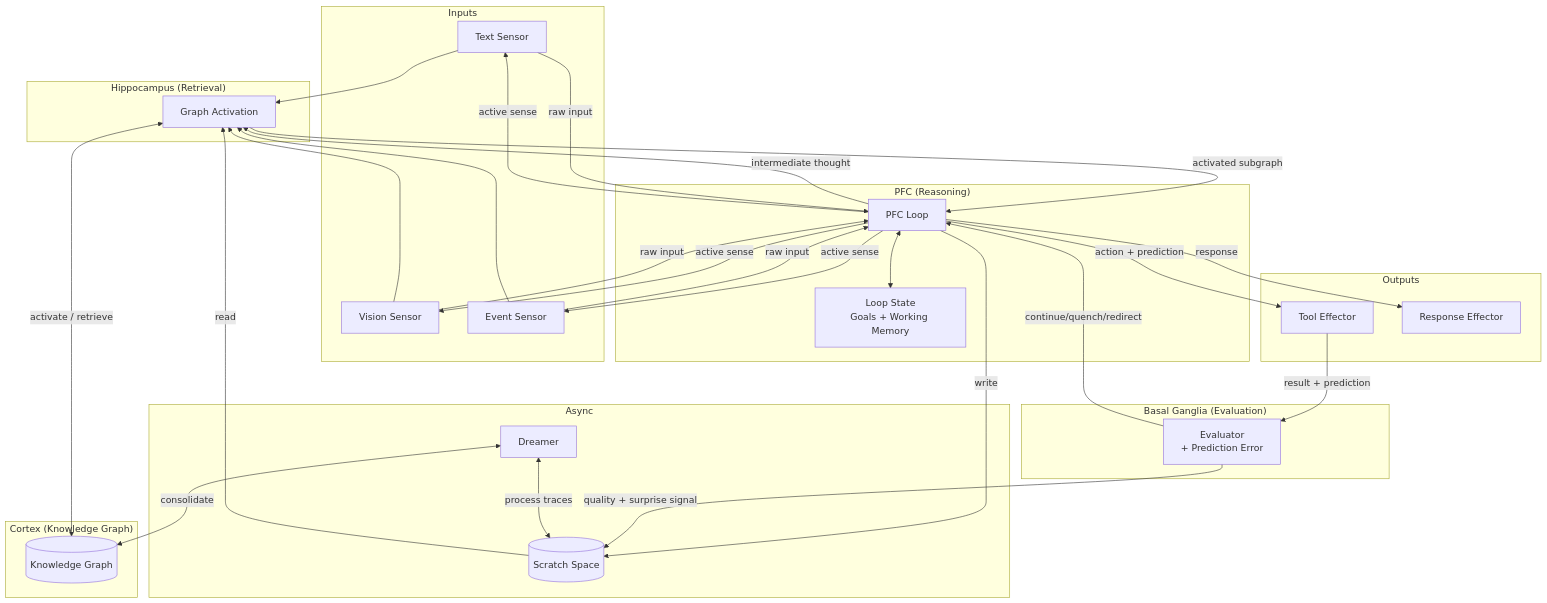
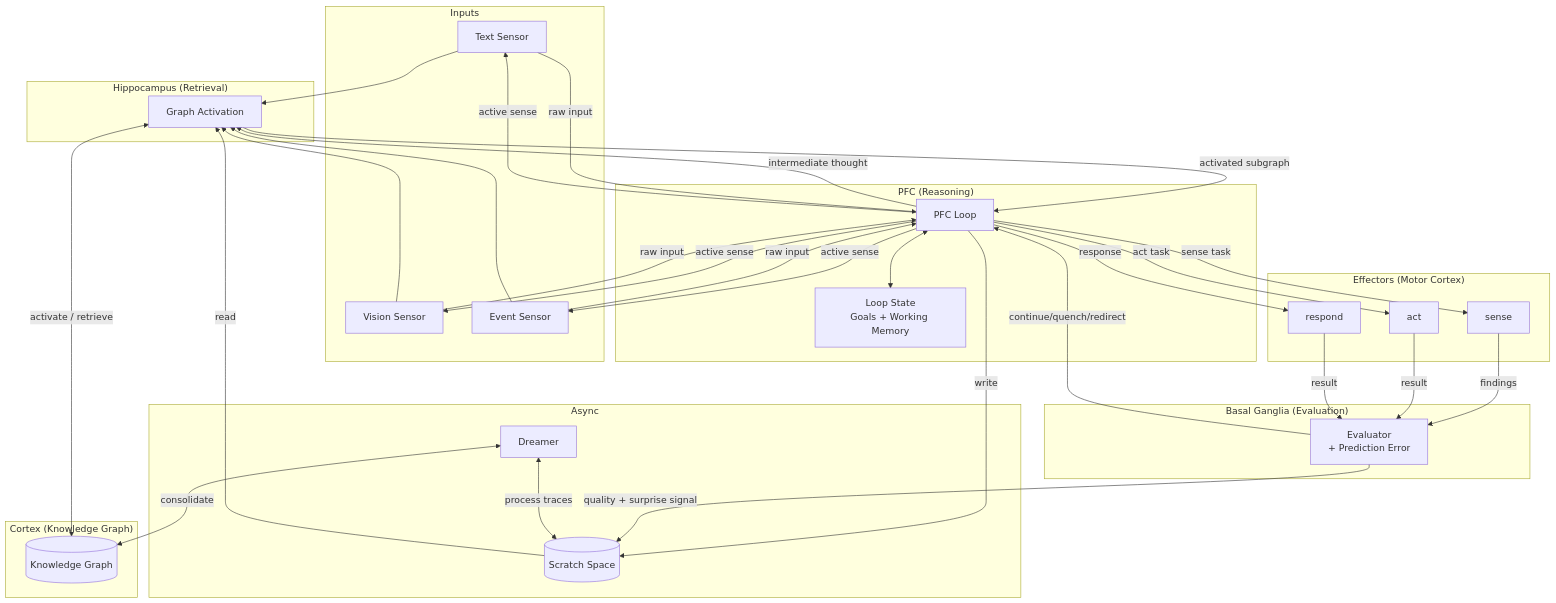
Before and after one commit to michan85/brain: the first of 14 diagrams in architecture.md, drawn with Mermaid. The commit also changed other lines of this file and 296 other files, not shown here.

````diff
--- a/architecture.md
+++ b/architecture.md
@@ -42,52 +42,56 @@
 ```mermaid
 graph TB
     subgraph Inputs
         S1[Text Sensor]
         S2[Vision Sensor]
         S3[Event Sensor]
     end
 
     subgraph "Cortex (Knowledge Graph)"
         KG[(Knowledge Graph)]
     end
 
     subgraph "Hippocampus (Retrieval)"
         GA[Graph Activation]
     end
 
     subgraph "PFC (Reasoning)"
         LOOP[PFC Loop]
         LS[Loop State<br/>Goals + Working Memory]
     end
 
     subgraph "Basal Ganglia (Evaluation)"
         EVAL[Evaluator<br/>+ Prediction Error]
     end
 
-    subgraph Outputs
-        E1[Tool Effector]
-        E2[Response Effector]
+    subgraph "Effectors (Motor Cortex)"
+        E1[respond]
+        E2[sense]
+        E3[act]
     end
 
     subgraph "Async"
         SS[(Scratch Space)]
         DR[Dreamer]
     end
 
     S1 & S2 & S3 --> GA
     S1 & S2 & S3 -->|raw input| LOOP
     LOOP -->|active sense| S1 & S2 & S3
     GA <-->|activate / retrieve| KG
     GA -->|activated subgraph| LOOP
     LOOP <--> LS
-    LOOP -->|action + prediction| E1
-    LOOP -->|response| E2
+    LOOP -->|response| E1
+    LOOP -->|sense task| E2
+    LOOP -->|act task| E3
+    E2 -->|findings| EVAL
+    E3 -->|result| EVAL
     LOOP -->|intermediate thought| GA
     LOOP -->|write| SS
-    E1 -->|result + prediction| EVAL
+    E1 -->|result| EVAL
     EVAL -->|continue/quench/redirect| LOOP
     EVAL -->|quality + surprise signal| SS
     SS -->|read| GA
     DR <-->|consolidate| KG
     DR <-->|process traces| SS
 ```
````
